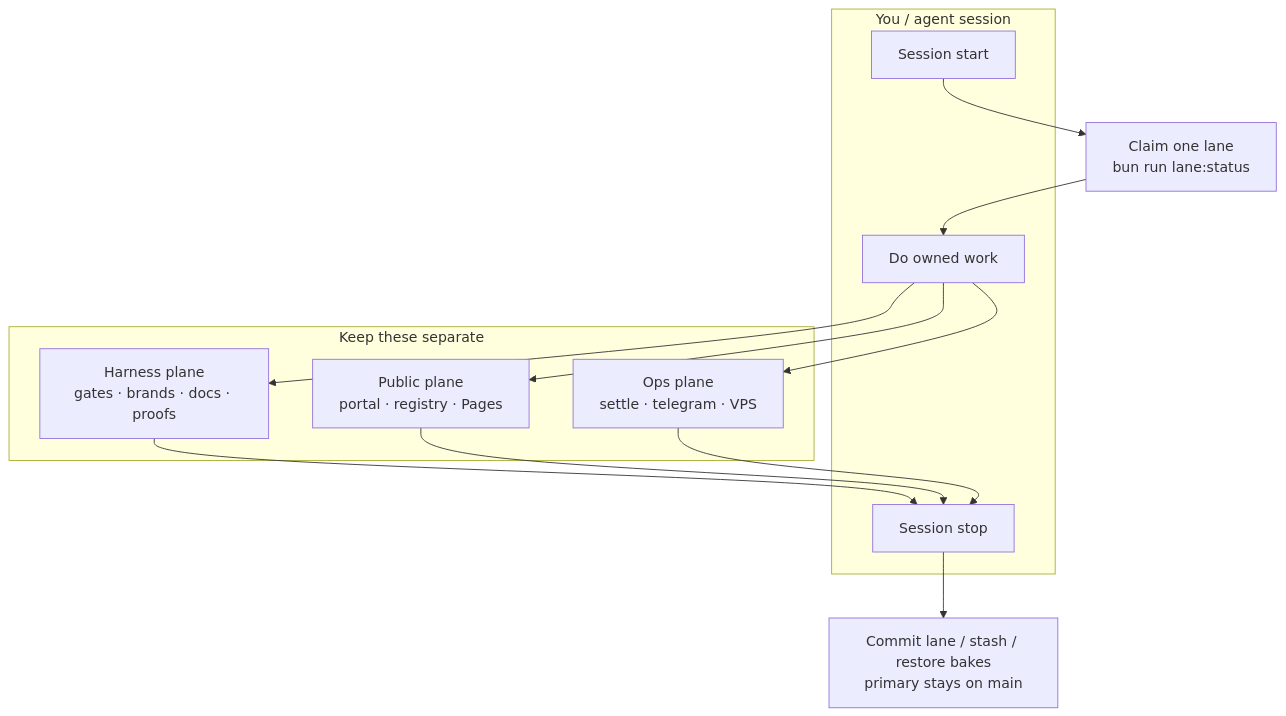
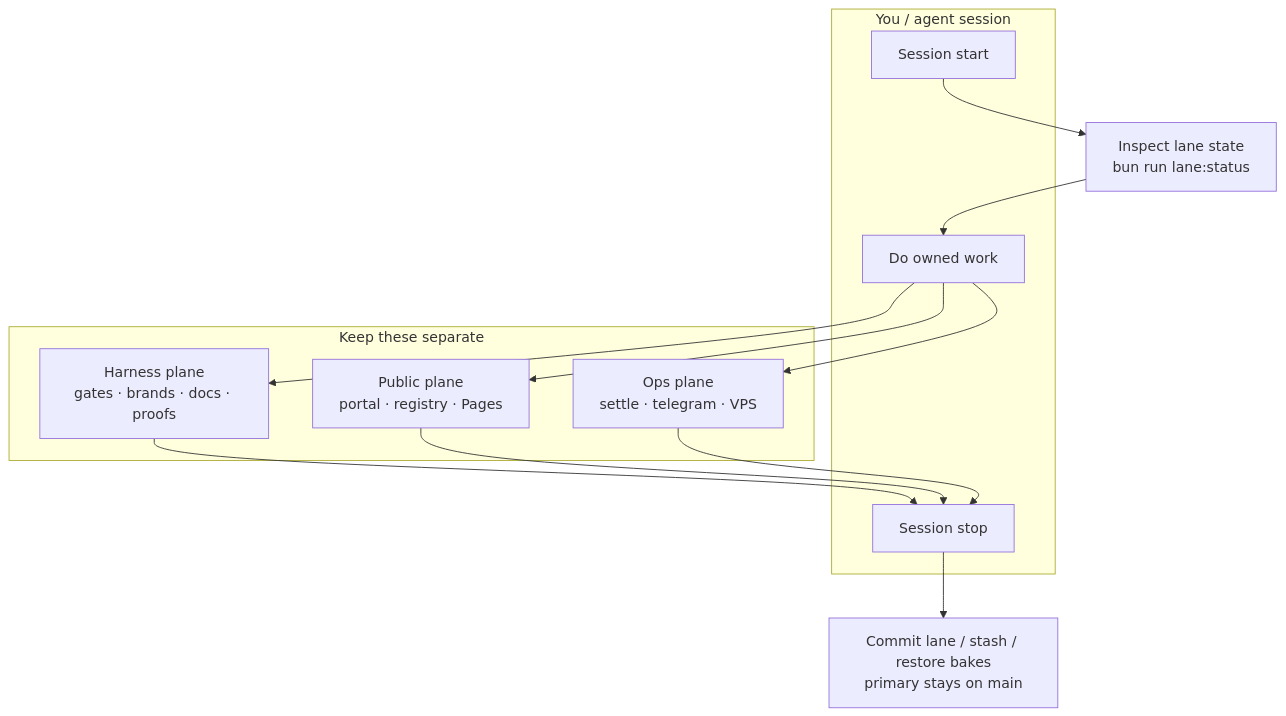
One commit to brendadeeznuts1111/project-R-score changed the first of 6 diagrams in docs/harness/tenants/maintain-workspace.md. Above: the diagram before and after it, drawn with Mermaid. The commit also changed other lines of this file and 15 other files, not shown here.

````diff
--- a/docs/harness/tenants/maintain-workspace.md
+++ b/docs/harness/tenants/maintain-workspace.md
@@ -28,24 +28,24 @@
 ```mermaid
 flowchart TB
   subgraph Operator["You / agent session"]
     Start["Session start"]
     Work["Do owned work"]
     Stop["Session stop"]
   end
 
   subgraph Planes["Keep these separate"]
     H["Harness plane<br/>gates · brands · docs · proofs"]
     P["Public plane<br/>portal · registry · Pages"]
     O["Ops plane<br/>settle · telegram · VPS"]
   end
 
-  Start --> Claim["Claim one lane<br/>bun run lane:status"]
-  Claim --> Work
+  Start --> Inspect["Inspect lane state<br/>bun run lane:status"]
+  Inspect --> Work
   Work --> H
   Work --> P
   Work --> O
   H --> Stop
   P --> Stop
   O --> Stop
   Stop --> Clean["Commit lane / stash / restore bakes<br/>primary stays on main"]
 ```
````
